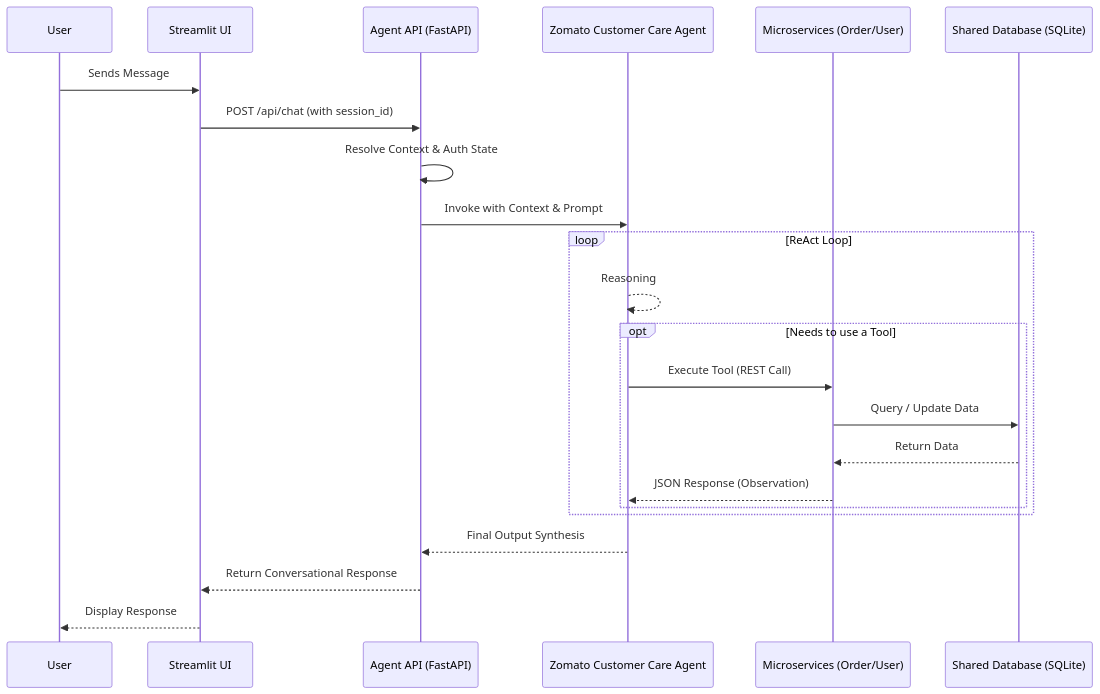
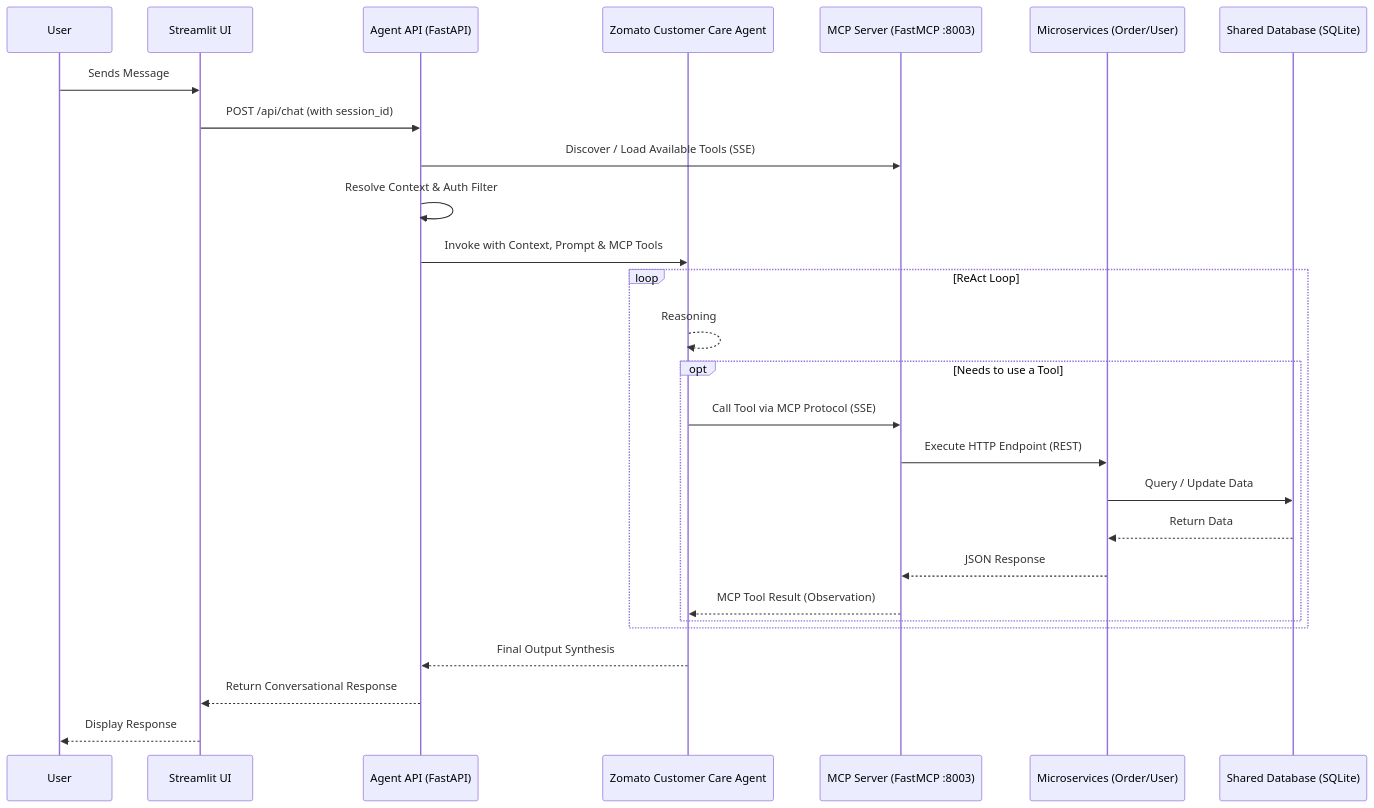
Before and after one commit to vishnuap-ai-works/Zomato-CustomerCare-Agent: the diagram in ARCHITECTURE.md, drawn with Mermaid. The commit also changed other lines of this file and 16 other files, not shown here.

Commit message:
refactor: migrate agent tools to Model Context Protocol (MCP) via SSE transport

````diff
--- a/ARCHITECTURE.md
+++ b/ARCHITECTURE.md
@@ -44,28 +51,32 @@
 ```mermaid
 sequenceDiagram
     participant User
     participant UI as Streamlit UI
     participant Agent as Agent API (FastAPI)
     participant LLM as Zomato Customer Care Agent
+    participant MCP as MCP Server (FastMCP :8003)
     participant Services as Microservices (Order/User)
     participant DB as Shared Database (SQLite)
 
     User->>UI: Sends Message
     UI->>Agent: POST /api/chat (with session_id)
-    Agent->>Agent: Resolve Context & Auth State
-    Agent->>LLM: Invoke with Context & Prompt
+    Agent->>MCP: Discover / Load Available Tools (SSE)
+    Agent->>Agent: Resolve Context & Auth Filter
+    Agent->>LLM: Invoke with Context, Prompt & MCP Tools
     
     loop ReAct Loop
         LLM-->>LLM: Reasoning
         opt Needs to use a Tool
-            LLM->>Services: Execute Tool (REST Call)
+            LLM->>MCP: Call Tool via MCP Protocol (SSE)
+            MCP->>Services: Execute HTTP Endpoint (REST)
             Services->>DB: Query / Update Data
             DB-->>Services: Return Data
-            Services-->>LLM: JSON Response (Observation)
+            Services-->>MCP: JSON Response
+            MCP-->>LLM: MCP Tool Result (Observation)
         end
     end
     
     LLM-->>Agent: Final Output Synthesis
     Agent-->>UI: Return Conversational Response
     UI-->>User: Display Response
 ```
````
